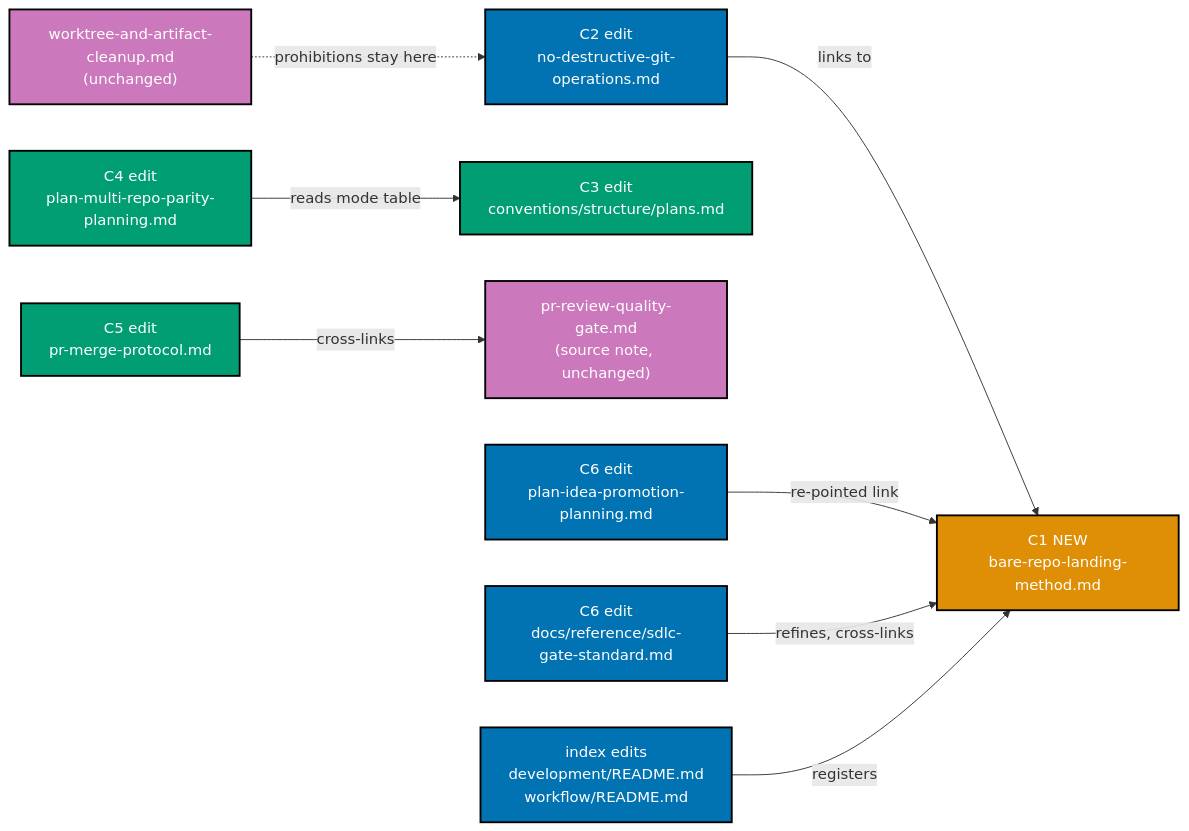
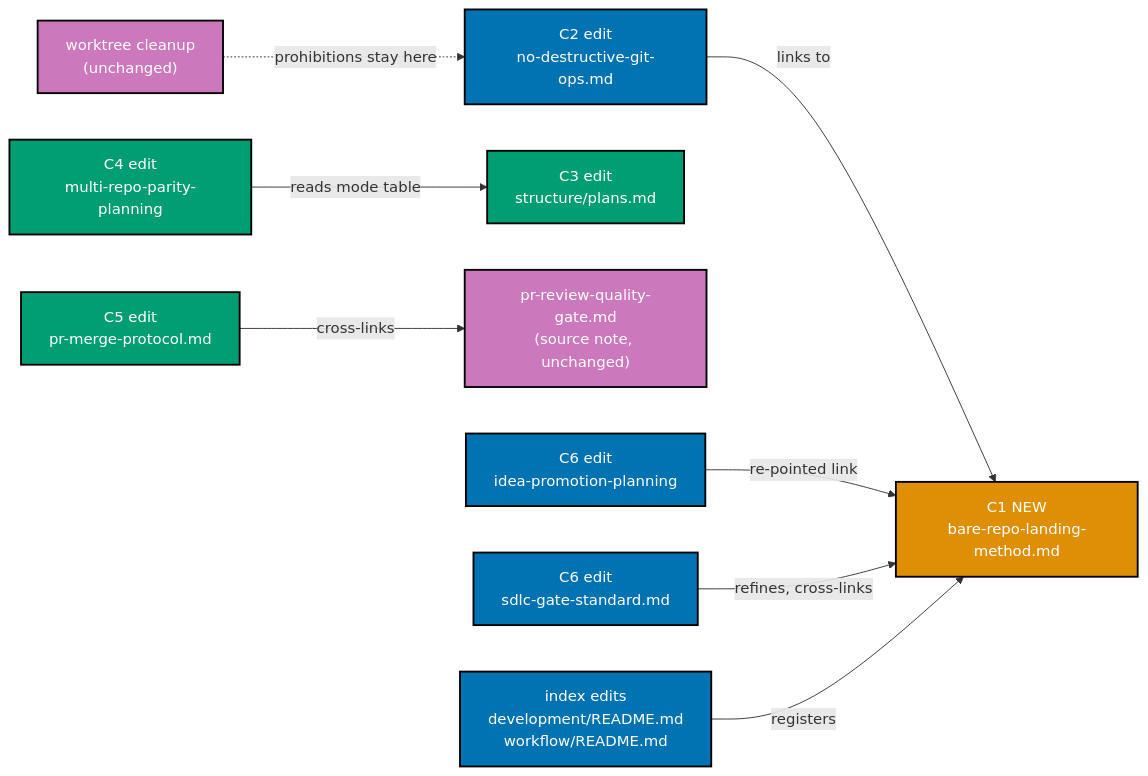
Before and after one commit to wahidyankf/baseerah: the first of 5 diagrams in plans/backlog/bare-repo-governance-hardening/tech-docs.md, drawn with Mermaid. The commit also changed other lines of this file and 20 other files, not shown here.

First line of the commit message:
fix(docs): remediate mermaid violations surfaced by the detect_kind fix

````diff
--- a/plans/backlog/bare-repo-governance-hardening/tech-docs.md
+++ b/plans/backlog/bare-repo-governance-hardening/tech-docs.md
@@ -11,31 +11,33 @@
 ```mermaid
-%% Color palette: Blue #0173B2, Orange #DE8F05, Teal #029E73, Purple #CC78BC
+%% Color palette: Blue #0173B2, Orange #DE8F05, Teal #029E73
+%% Node labels are shortened for mobile rendering (max 30 chars per line);
+%% the full repository-relative paths are in the Path Constants table above.
 flowchart LR
     C1["C1 NEW<br/>bare-repo-landing-method.md"]
-    ND["C2 edit<br/>no-destructive-git-operations.md"]
-    WC["worktree-and-artifact-cleanup.md<br/>(unchanged)"]
-    PL["C3 edit<br/>conventions/structure/plans.md"]
-    PP["C4 edit<br/>plan-multi-repo-parity-planning.md"]
+    ND["C2 edit<br/>no-destructive-git-ops.md"]
+    WC["worktree cleanup<br/>(unchanged)"]
+    PL["C3 edit<br/>structure/plans.md"]
+    PP["C4 edit<br/>multi-repo-parity-planning"]
     PM["C5 edit<br/>pr-merge-protocol.md"]
     QG["pr-review-quality-gate.md<br/>(source note, unchanged)"]
-    SD["C6 edit<br/>docs/reference/sdlc-gate-standard.md"]
-    IP["C6 edit<br/>plan-idea-promotion-planning.md"]
+    SD["C6 edit<br/>sdlc-gate-standard.md"]
+    IP["C6 edit<br/>idea-promotion-planning"]
     IX["index edits<br/>development/README.md<br/>workflow/README.md"]
 
     ND -->|links to| C1
     WC -.->|prohibitions stay here| ND
     IP -->|re-pointed link| C1
     SD -->|refines, cross-links| C1
     PP -->|reads mode table| PL
     PM -->|cross-links| QG
     IX -->|registers| C1
 
     classDef blue fill:#0173B2,stroke:#000000,color:#FFFFFF,stroke-width:2px
     classDef orange fill:#DE8F05,stroke:#000000,color:#FFFFFF,stroke-width:2px
     classDef teal fill:#029E73,stroke:#000000,color:#FFFFFF,stroke-width:2px
     classDef purple fill:#CC78BC,stroke:#000000,color:#FFFFFF,stroke-width:2px
     class C1 orange
     class ND,IP,SD,IX blue
     class PL,PP,PM teal
     class WC,QG purple
 ```
````
